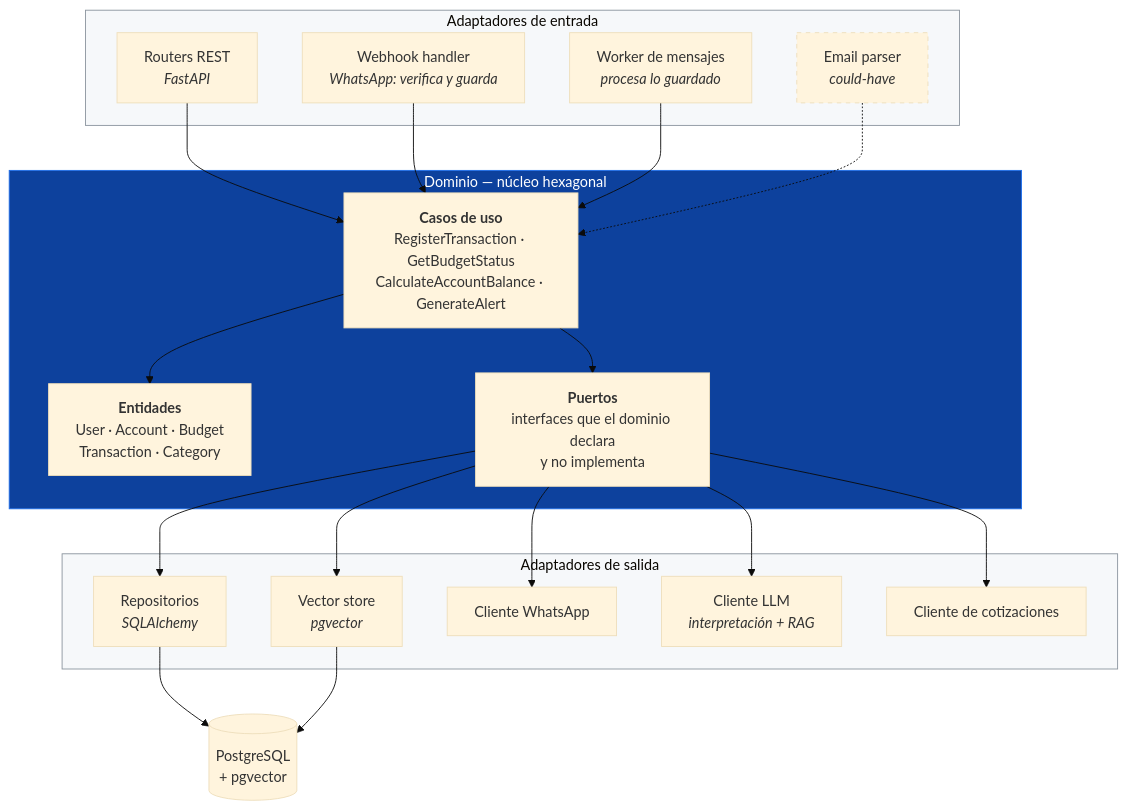
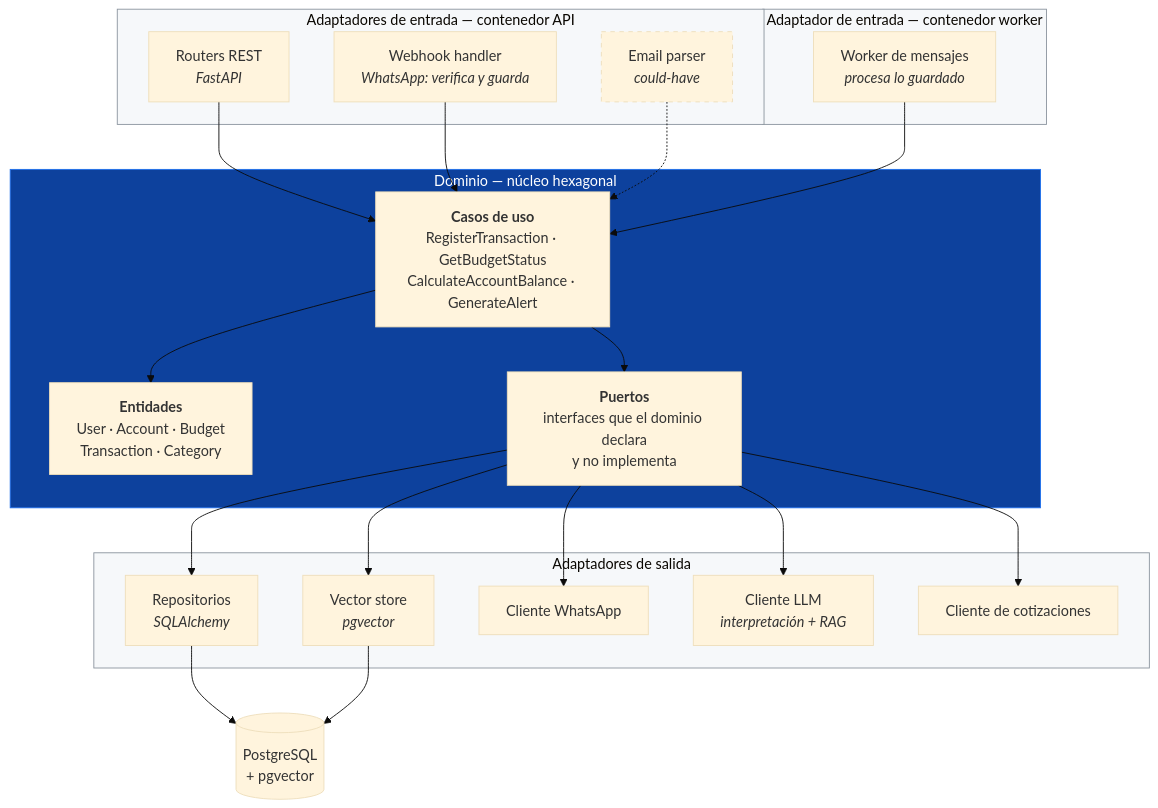
One commit to verozacarias-prog/AI4Devs-finalproject changed the third of 4 diagrams in docs/02-arquitectura.md. Above: the diagram before and after it, drawn with Mermaid (base theme). The commit also changed other lines of this file and 7 other files, not shown here.

````diff
--- a/docs/02-arquitectura.md
+++ b/docs/02-arquitectura.md
@@ -77,42 +79,46 @@
 ```mermaid
 flowchart TB
-    subgraph INBOUND["Adaptadores de entrada"]
+    subgraph INBOUND["Adaptadores de entrada — contenedor API"]
         ROUTERS["Routers REST<br/><i>FastAPI</i>"]
         HOOK["Webhook handler<br/><i>WhatsApp: verifica y guarda</i>"]
+        PARSE["Email parser<br/><i>could-have</i>"]
+    end
+
+    subgraph WORKERBOX["Adaptador de entrada — contenedor worker"]
         MSGWK["Worker de mensajes<br/><i>procesa lo guardado</i>"]
-        PARSE["Email parser<br/><i>could-have</i>"]
     end
 
     subgraph DOMAIN["Dominio — núcleo hexagonal"]
         UC["<b>Casos de uso</b><br/>RegisterTransaction · GetBudgetStatus<br/>CalculateAccountBalance · GenerateAlert"]
         ENT["<b>Entidades</b><br/>User · Account · Budget<br/>Transaction · Category"]
         PORTS["<b>Puertos</b><br/>interfaces que el dominio declara<br/>y no implementa"]
     end
 
     subgraph OUTBOUND["Adaptadores de salida"]
         REPO["Repositorios<br/><i>SQLAlchemy</i>"]
         VECADAPT["Vector store<br/><i>pgvector</i>"]
         WACLIENT["Cliente WhatsApp"]
         LLMCLIENT["Cliente LLM<br/><i>interpretación + RAG</i>"]
         FXCLIENT["Cliente de cotizaciones"]
     end
 
     DB[("PostgreSQL<br/>+ pgvector")]
 
     ROUTERS --> UC
     HOOK --> UC
     MSGWK --> UC
     PARSE -.-> UC
     UC --> ENT
     UC --> PORTS
     PORTS --> REPO --> DB
     PORTS --> VECADAPT --> DB
     PORTS --> WACLIENT
     PORTS --> LLMCLIENT
     PORTS --> FXCLIENT
 
     style DOMAIN fill:#0d419d,stroke:#1f6feb,color:#fff
     style INBOUND fill:#f6f8fa,stroke:#8b949e
+    style WORKERBOX fill:#f6f8fa,stroke:#8b949e
     style OUTBOUND fill:#f6f8fa,stroke:#8b949e
     style PARSE stroke-dasharray: 5 5
 ```
````
